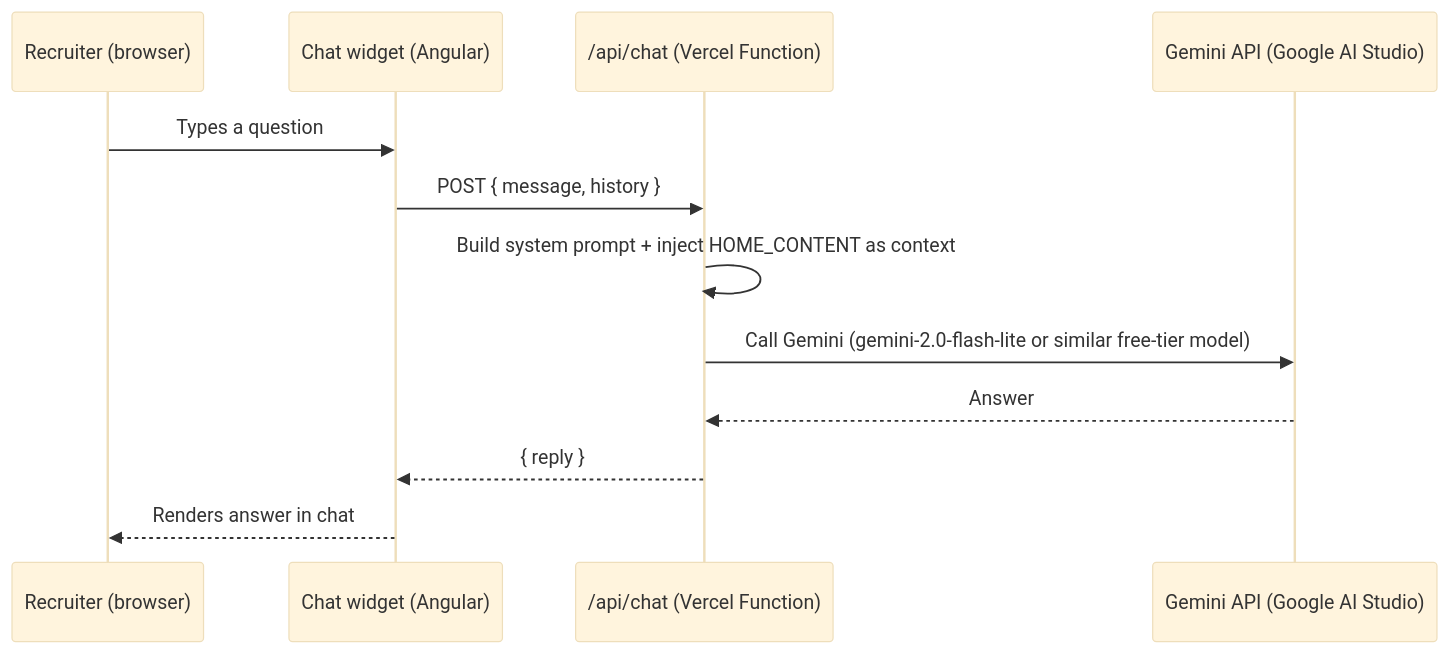
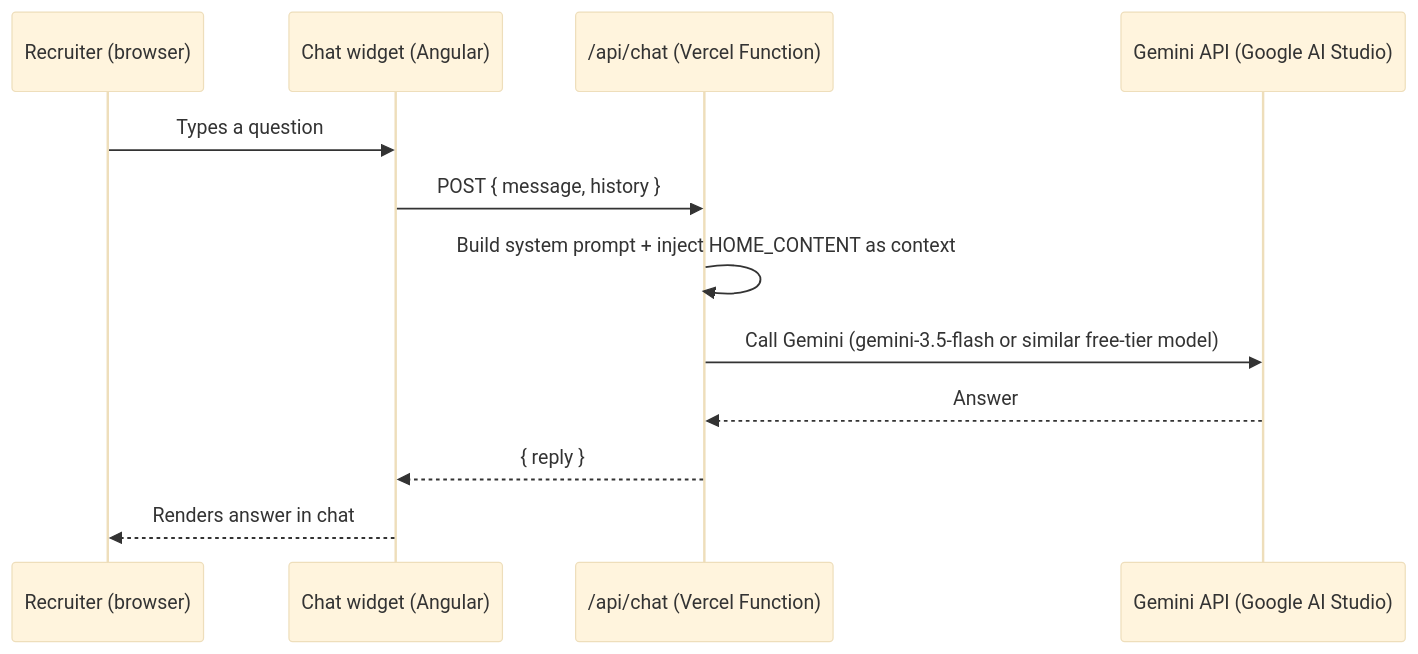
The diagram in docs/ai-chat-assistant-plan.md (Jatsenn/work-portfolio), drawn with Mermaid (base theme) before and after one commit. The commit also changed other lines of this file and 1 other file, not shown here.

Commit message:
Update Gemini model to gemini-3.5-flash
gemini-2.0-flash-lite no longer exists — the API was returning a non-OK
response, which api/chat.ts correctly masked as a generic 502 to the
client. Confirmed the current model name via Google AI Studio's own
generated code sample rather than guessing.

````diff
--- a/docs/ai-chat-assistant-plan.md
+++ b/docs/ai-chat-assistant-plan.md
@@ -15,15 +15,15 @@
 ```mermaid
 sequenceDiagram
     participant R as Recruiter (browser)
     participant W as Chat widget (Angular)
     participant F as /api/chat (Vercel Function)
     participant G as Gemini API (Google AI Studio)
 
     R->>W: Types a question
     W->>F: POST { message, history }
     F->>F: Build system prompt + inject HOME_CONTENT as context
-    F->>G: Call Gemini (gemini-2.0-flash-lite or similar free-tier model)
+    F->>G: Call Gemini (gemini-3.5-flash or similar free-tier model)
     G-->>F: Answer
     F-->>W: { reply }
     W-->>R: Renders answer in chat
 ```
````
